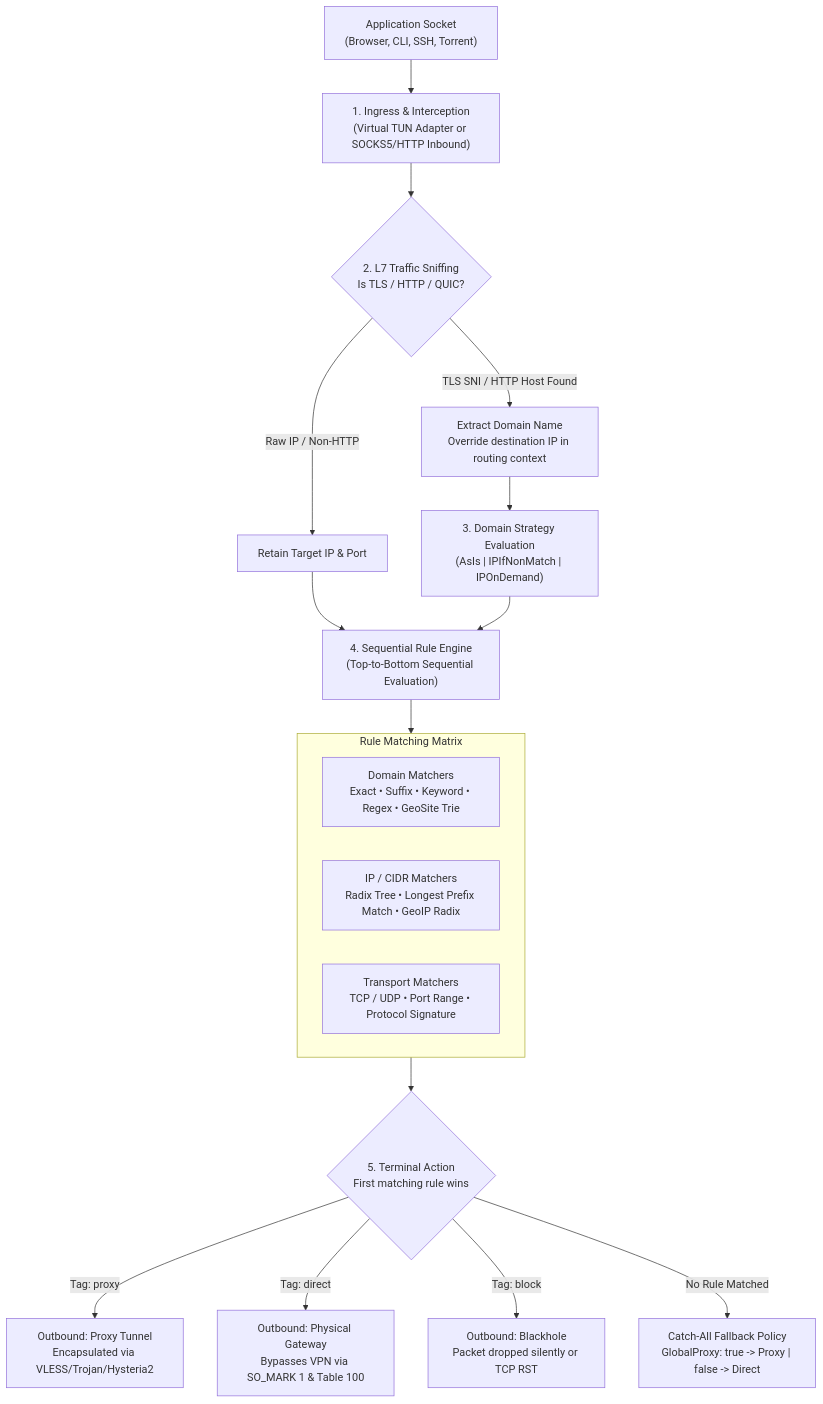
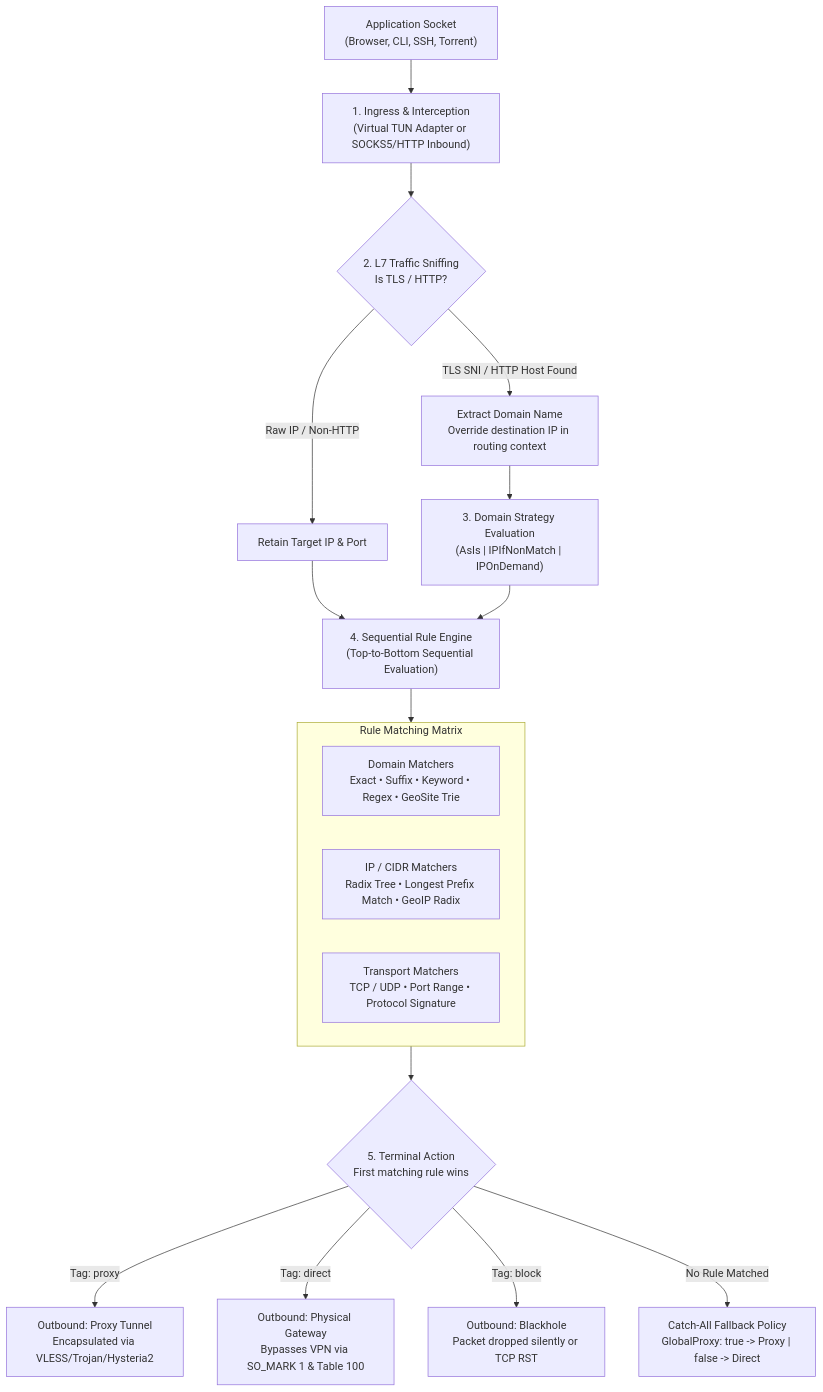
One commit to kvunoff/whoisthat changed the first of 2 diagrams in docs/networking/routing-rules.md. Above: the diagram before and after it, drawn with Mermaid. The commit also changed other lines of this file and 27 other files, not shown here.

````diff
--- a/docs/networking/routing-rules.md
+++ b/docs/networking/routing-rules.md
@@ -15,27 +15,27 @@
 ```mermaid
 flowchart TD
     App["Application Socket\n(Browser, CLI, SSH, Torrent)"] --> Ingress["1. Ingress & Interception\n(Virtual TUN Adapter or SOCKS5/HTTP Inbound)"]
 
-    Ingress --> Sniff{"2. L7 Traffic Sniffing\nIs TLS / HTTP / QUIC?"}
+    Ingress --> Sniff{"2. L7 Traffic Sniffing\nIs TLS / HTTP?"}
     Sniff -->|TLS SNI / HTTP Host Found| SniffSuccess["Extract Domain Name\nOverride destination IP in routing context"]
     Sniff -->|Raw IP / Non-HTTP| SniffBypass["Retain Target IP & Port"]
 
     SniffSuccess --> Strategy["3. Domain Strategy Evaluation\n(AsIs | IPIfNonMatch | IPOnDemand)"]
     SniffBypass --> Matcher
 
     Strategy --> Matcher["4. Sequential Rule Engine\n(Top-to-Bottom Sequential Evaluation)"]
 
     subgraph MatcherTree["Rule Matching Matrix"]
         M1["Domain Matchers\nExact • Suffix • Keyword • Regex • GeoSite Trie"]
         M2["IP / CIDR Matchers\nRadix Tree • Longest Prefix Match • GeoIP Radix"]
         M3["Transport Matchers\nTCP / UDP • Port Range • Protocol Signature"]
     end
 
     Matcher --> MatcherTree
     MatcherTree --> Action{"5. Terminal Action\nFirst matching rule wins"}
 
     Action -->|Tag: proxy| OutProxy["Outbound: Proxy Tunnel\nEncapsulated via VLESS/Trojan/Hysteria2"]
     Action -->|Tag: direct| OutDirect["Outbound: Physical Gateway\nBypasses VPN via SO_MARK 1 & Table 100"]
     Action -->|Tag: block| OutBlock["Outbound: Blackhole\nPacket dropped silently or TCP RST"]
     Action -->|No Rule Matched| Fallback["Catch-All Fallback Policy\nGlobalProxy: true -> Proxy | false -> Direct"]
 ```
````
